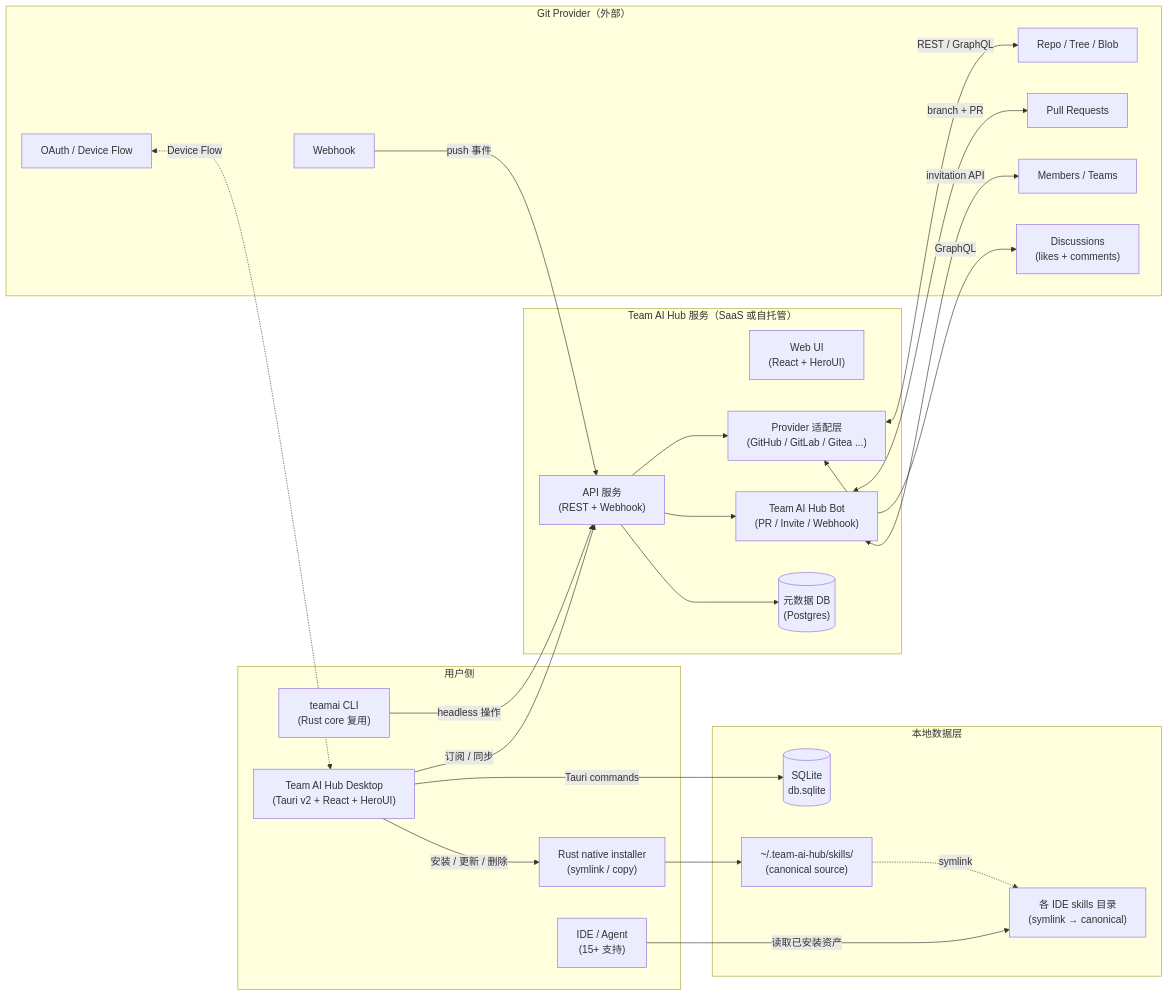
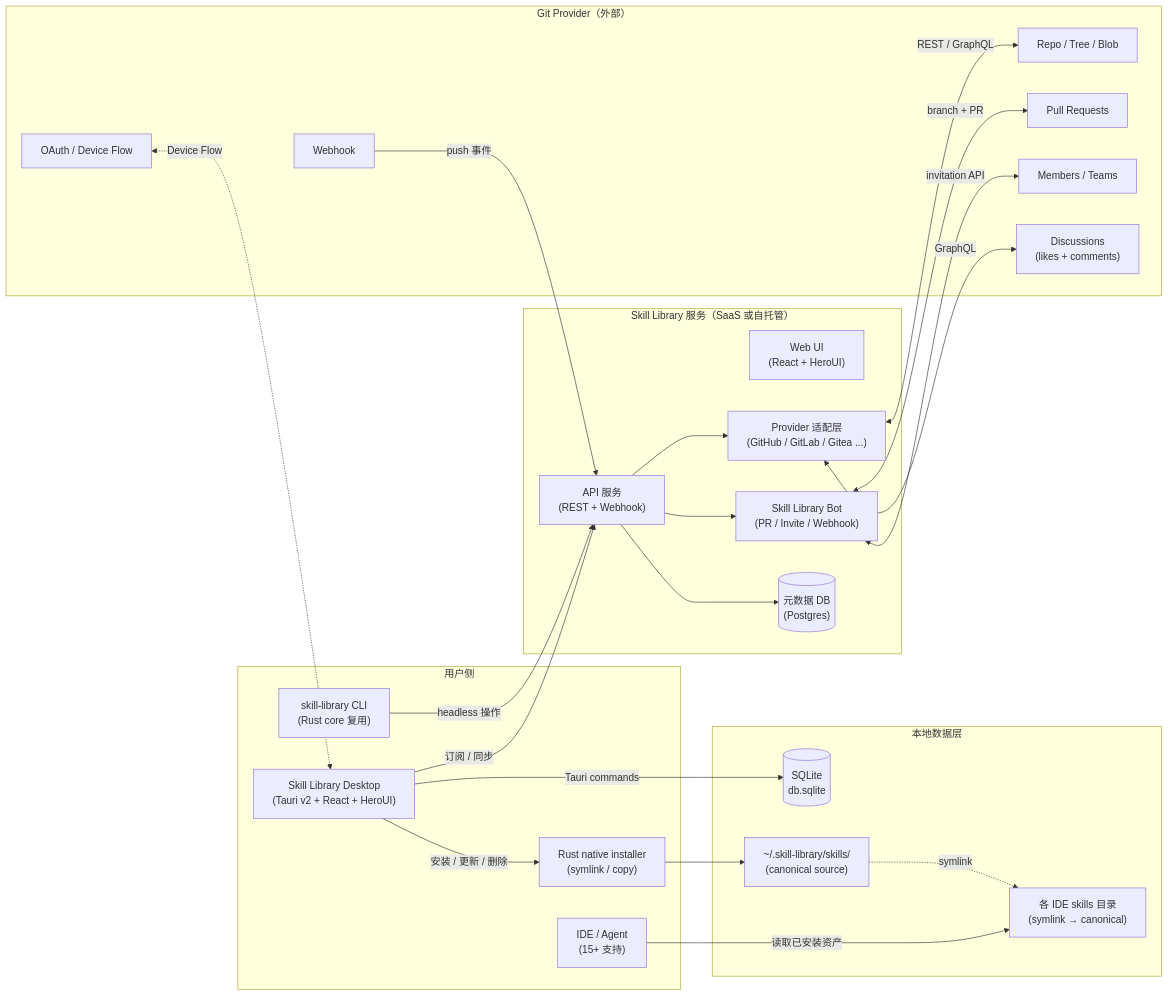
One commit to emojiiii/skill-library changed the diagram in docs/ARCHITECTURE.md. Above: the diagram before and after it, drawn with Mermaid. The commit also changed other lines of this file and 148 other files, not shown here.

First line of the commit message:
refactor: rename Team AI Hub to Skill Library across documentation and scripts

````diff
--- a/docs/ARCHITECTURE.md
+++ b/docs/ARCHITECTURE.md
@@ -12,50 +12,50 @@
 ```mermaid
 flowchart LR
     subgraph User["用户侧"]
         IDE["IDE / Agent<br/>(15+ 支持)"]
-        Desktop["Team AI Hub Desktop<br/>(Tauri v2 + React + HeroUI)"]
-        CLI["teamai CLI<br/>(Rust core 复用)"]
+        Desktop["Skill Library Desktop<br/>(Tauri v2 + React + HeroUI)"]
+        CLI["skill-library CLI<br/>(Rust core 复用)"]
         Installer["Rust native installer<br/>(symlink / copy)"]
     end
 
     subgraph LocalData["本地数据层"]
         SQLite[("SQLite<br/>db.sqlite")]
-        SkillsDir["~/.team-ai-hub/skills/<br/>(canonical source)"]
+        SkillsDir["~/.skill-library/skills/<br/>(canonical source)"]
         RuntimeDir["各 IDE skills 目录<br/>(symlink → canonical)"]
     end
 
-    subgraph Cloud["Team AI Hub 服务（SaaS 或自托管）"]
+    subgraph Cloud["Skill Library 服务（SaaS 或自托管）"]
         WebUI["Web UI<br/>(React + HeroUI)"]
         API["API 服务<br/>(REST + Webhook)"]
         ProviderAdapter["Provider 适配层<br/>(GitHub / GitLab / Gitea ...)"]
-        Bot["Team AI Hub Bot<br/>(PR / Invite / Webhook)"]
+        Bot["Skill Library Bot<br/>(PR / Invite / Webhook)"]
         MetaDB[("元数据 DB<br/>(Postgres)")]
     end
 
     subgraph Provider["Git Provider（外部）"]
         Repo["Repo / Tree / Blob"]
         PullRequest["Pull Requests"]
         Members["Members / Teams"]
         Discussions["Discussions<br/>(likes + comments)"]
         Webhook["Webhook"]
         OAuth["OAuth / Device Flow"]
     end
 
     Desktop -->|Tauri commands| SQLite
     Desktop -->|安装 / 更新 / 删除| Installer
     CLI -->|headless 操作| API
     Installer --> SkillsDir
     SkillsDir -.->|symlink| RuntimeDir
     IDE -->|读取已安装资产| RuntimeDir
 
     Desktop -->|订阅 / 同步| API
     API --> ProviderAdapter
     API --> Bot
     ProviderAdapter <-->|REST / GraphQL| Repo
     ProviderAdapter <-->|GraphQL| Discussions
     Bot <-->|branch + PR| PullRequest
     Bot <-->|invitation API| Members
     Webhook -->|push 事件| API
     API --> MetaDB
     OAuth <-.Device Flow.-> Desktop
 ```
````
